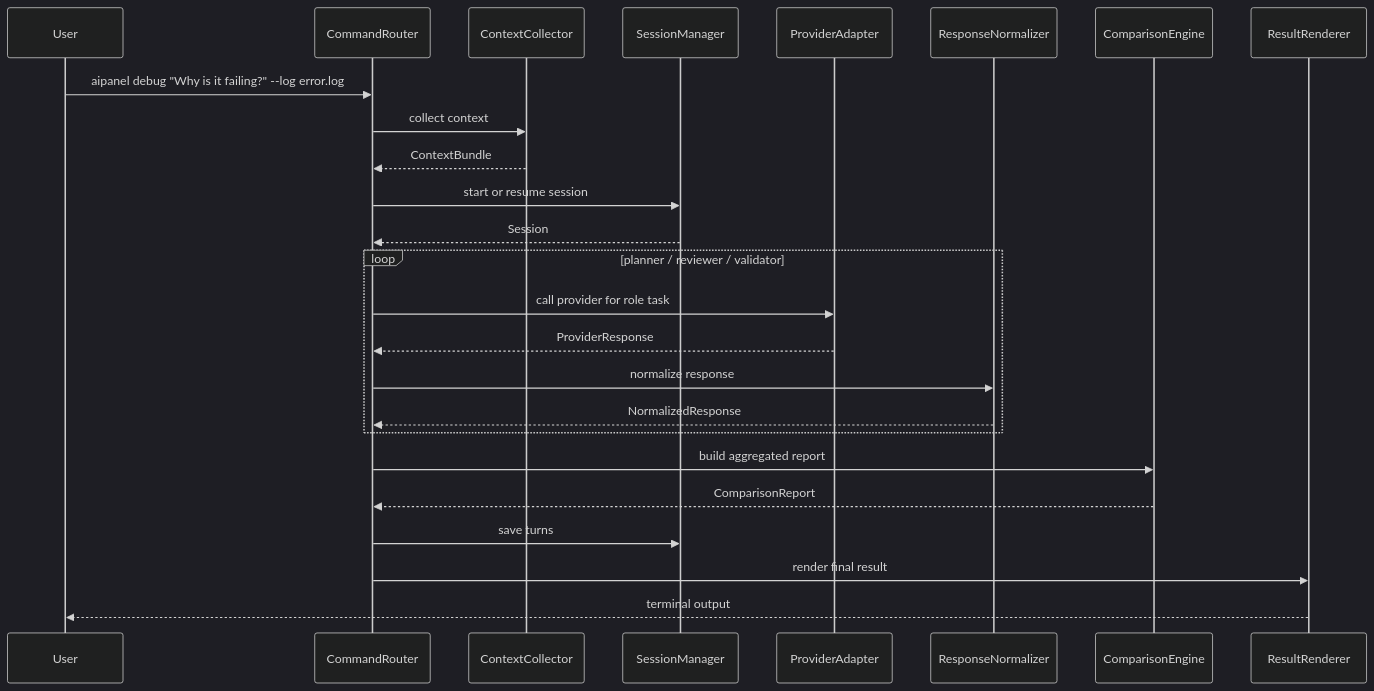
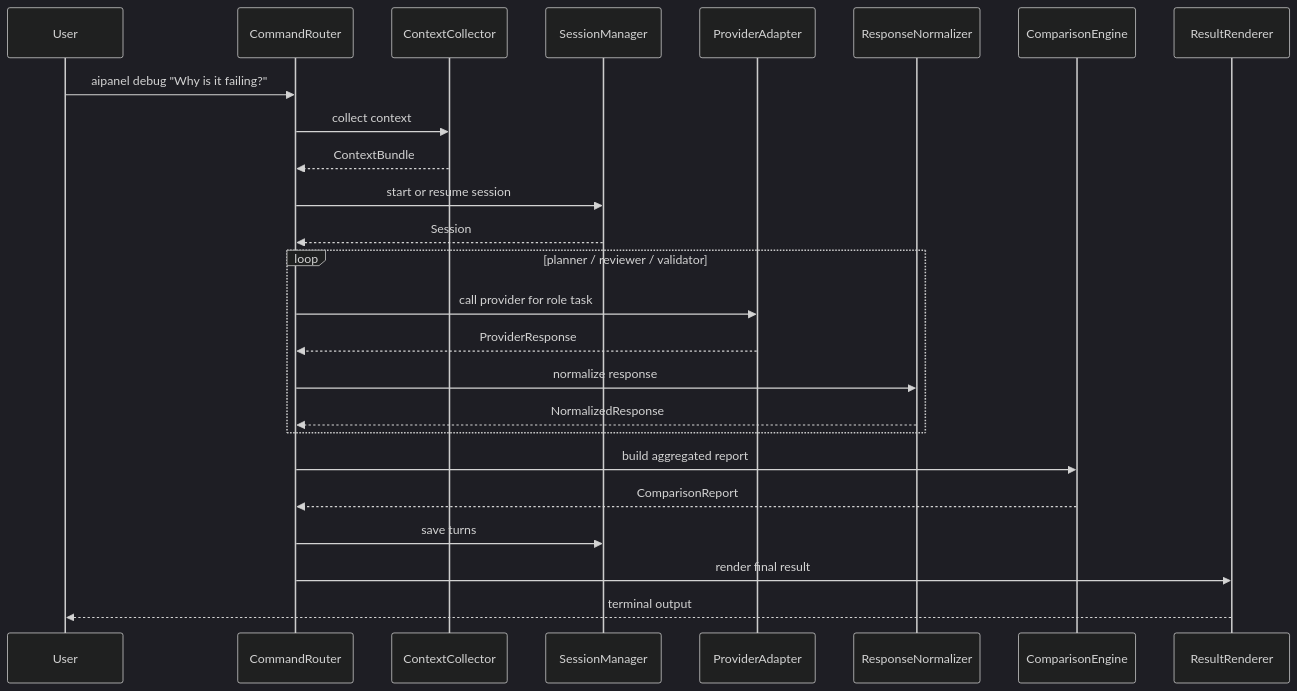
One commit to sean-sunagaku/aipanel changed the diagram in docs/rearchitecture/content_rearchitecture_2026-03-10/09_data-flow/09_data-flow.md. Above: the diagram before and after it, drawn with Mermaid (dark theme). The commit also changed 41 other files, not shown here.

````diff
--- a/docs/rearchitecture/content_rearchitecture_2026-03-10/09_data-flow/09_data-flow.md
+++ b/docs/rearchitecture/content_rearchitecture_2026-03-10/09_data-flow/09_data-flow.md
@@ -106,28 +106,28 @@
 ```mermaid
 sequenceDiagram
     participant U as User
     participant R as CommandRouter
     participant C as ContextCollector
     participant S as SessionManager
     participant P as ProviderAdapter
     participant N as ResponseNormalizer
     participant G as ComparisonEngine
     participant O as ResultRenderer
 
-    U->>R: aipanel debug "Why is it failing?" --log error.log
+    U->>R: aipanel debug "Why is it failing?"
     R->>C: collect context
     C-->>R: ContextBundle
     R->>S: start or resume session
     S-->>R: Session
     loop planner / reviewer / validator
         R->>P: call provider for role task
         P-->>R: ProviderResponse
         R->>N: normalize response
         N-->>R: NormalizedResponse
     end
     R->>G: build aggregated report
     G-->>R: ComparisonReport
     R->>S: save turns
     R->>O: render final result
     O-->>U: terminal output
 ```
````
